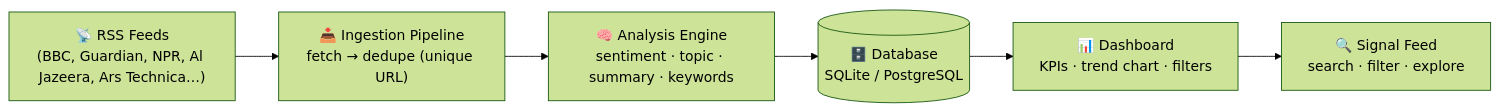
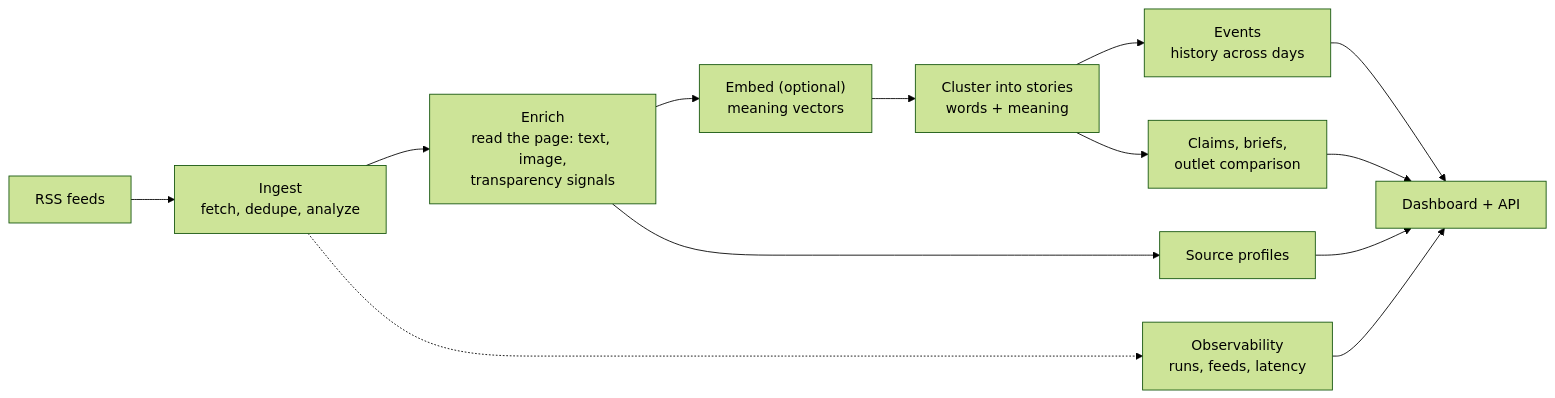
The diagram in README.md (ShervinBabaei2007/SignalDesk), drawn with Mermaid (forest theme) before and after one commit. The commit also changed other lines of this file and 2 other files, not shown here.

````diff
--- a/README.md
+++ b/README.md
@@ -20,8 +13,12 @@
 ```mermaid
 graph LR
-    A["📡 RSS Feeds<br/>(BBC, Guardian, NPR, Al Jazeera, Ars Technica…)"] --> B["📥 Ingestion Pipeline<br/>fetch → dedupe (unique URL)"]
-    B --> C["🧠 Analysis Engine<br/>sentiment · topic · summary · keywords"]
-    C --> D[("🗄️ Database<br/>SQLite / PostgreSQL")]
-    D --> E["📊 Dashboard<br/>KPIs · trend chart · filters"]
-    E --> F["🔍 Signal Feed<br/>search · filter · explore"]
+    A["RSS feeds"] --> B["Ingest<br/>fetch, dedupe, analyze"]
+    B --> C["Enrich<br/>read the page: text, image,<br/>transparency signals"]
+    C --> D["Embed (optional)<br/>meaning vectors"]
+    D --> E["Cluster into stories<br/>words + meaning"]
+    E --> F["Events<br/>history across days"]
+    E --> G["Claims, briefs,<br/>outlet comparison"]
+    C --> H["Source profiles"]
+    B -.-> I["Observability<br/>runs, feeds, latency"]
+    F & G & H & I --> J["Dashboard + API"]
 ```
````
